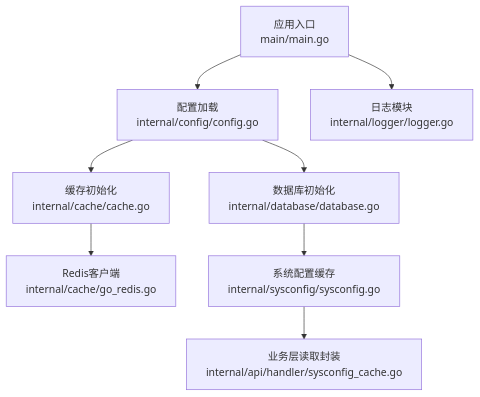
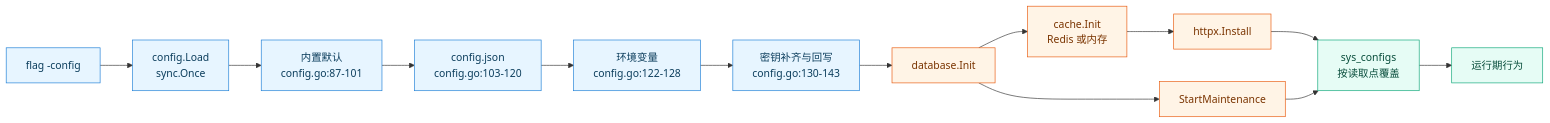
The third of 5 diagrams in docs/配置管理.md (x01n/dnsplane), drawn with Mermaid before and after one commit. The commit also changed other lines of this file and 326 other files, not shown here.

````diff
--- a/docs/配置管理.md
+++ b/docs/配置管理.md
@@ -40,10 +279,21 @@
 ```mermaid
-graph TB
-A["应用入口<br/>main/main.go"] --> B["配置加载<br/>internal/config/config.go"]
-B --> C["数据库初始化<br/>internal/database/database.go"]
-B --> D["缓存初始化<br/>internal/cache/cache.go"]
-D --> E["Redis客户端<br/>internal/cache/go_redis.go"]
-C --> F["系统配置缓存<br/>internal/sysconfig/sysconfig.go"]
-F --> G["业务层读取封装<br/>internal/api/handler/sysconfig_cache.go"]
-A --> H["日志模块<br/>internal/logger/logger.go"]
+flowchart LR
+  F["flag -config"] --> LD["config.Load<br/>sync.Once"]
+  LD --> DEF["内置默认<br/>config.go:87-101"]
+  DEF --> FILE["config.json<br/>config.go:103-120"]
+  FILE --> ENV["环境变量<br/>config.go:122-128"]
+  ENV --> FIX["密钥补齐与回写<br/>config.go:130-143"]
+  FIX --> DBI["database.Init"]
+  DBI --> RDS["cache.Init<br/>Redis 或内存"]
+  RDS --> HTTPX["httpx.Install"]
+  HTTPX --> SYS["sys_configs<br/>按读取点覆盖"]
+  SYS --> RUN["运行期行为"]
+  DBI --> MAINT["StartMaintenance"]
+  MAINT --> SYS
+  classDef st fill:#e7f5ff,stroke:#1c7ed6,color:#0b3d5c
+  classDef rt fill:#e6fcf5,stroke:#0ca678,color:#084d3b
+  classDef wt fill:#fff4e6,stroke:#e8590c,color:#7a3400
+  class F,LD,DEF,FILE,ENV,FIX st
+  class DBI,RDS,HTTPX,MAINT wt
+  class SYS,RUN rt
 ```
````
